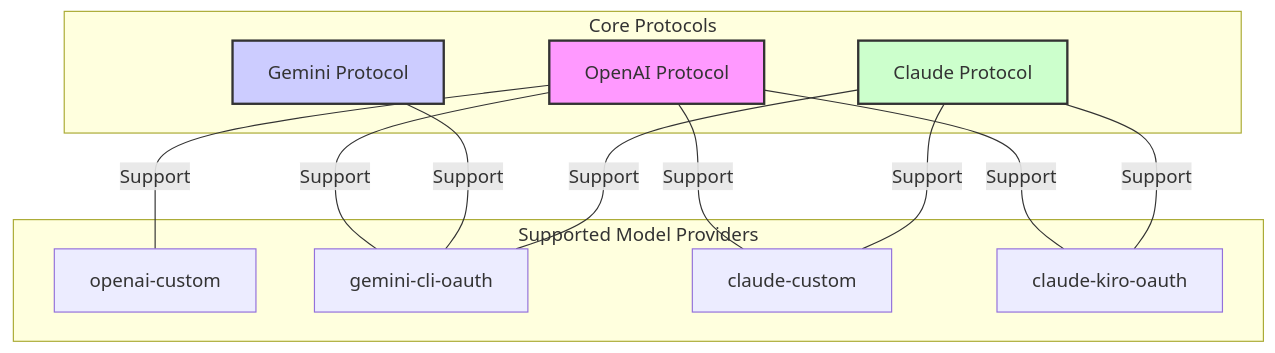
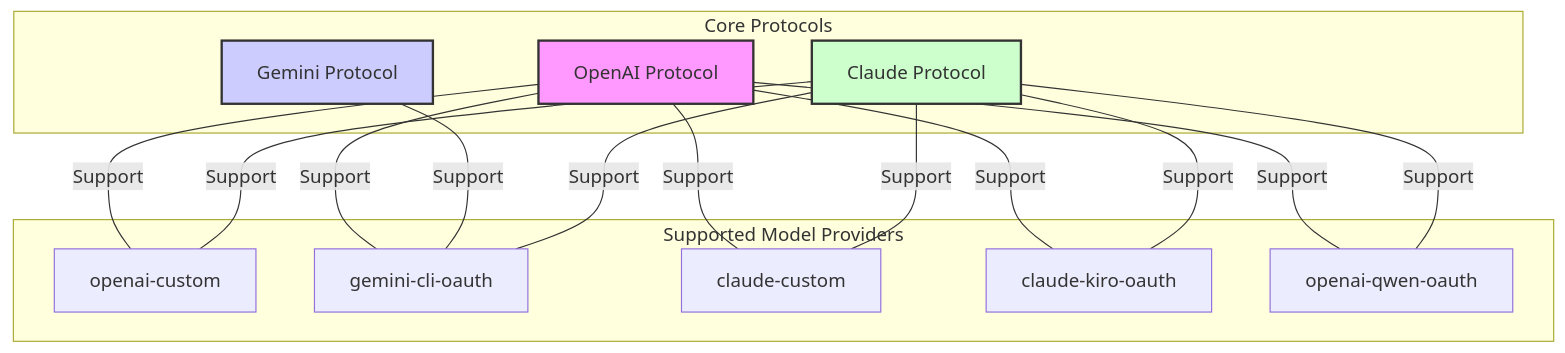
One commit to justlovemaki/AIClient-2-API changed the diagram in README-EN.md. Above: the diagram before and after it, drawn with Mermaid. The commit also changed other lines of this file and 2 other files, not shown here.

First line of the commit message:
feat(qwen): 更新Qwen模型支持及文档

````diff
--- a/README-EN.md
+++ b/README-EN.md
@@ -58,32 +54,36 @@
   ```mermaid
   
    graph TD
-        subgraph Core_Protocols["Core Protocols"]
-            P_OPENAI[OpenAI Protocol]
-            P_GEMINI[Gemini Protocol]
-            P_CLAUDE[Claude Protocol]
-        end
-    
-        subgraph Supported_Model_Providers["Supported Model Providers"]
-            MP_OPENAI[openai-custom]
-            MP_GEMINI[gemini-cli-oauth]
-            MP_CLAUDE_C[claude-custom]
-            MP_CLAUDE_K[claude-kiro-oauth]
-        end
-    
-        P_OPENAI ---|Support| MP_OPENAI
-        P_OPENAI ---|Support| MP_GEMINI
-        P_OPENAI ---|Support| MP_CLAUDE_C
-        P_OPENAI ---|Support| MP_CLAUDE_K
-    
-        P_GEMINI ---|Support| MP_GEMINI
-    
-        P_CLAUDE ---|Support| MP_CLAUDE_C
-        P_CLAUDE ---|Support| MP_CLAUDE_K
-        P_CLAUDE ---|Support| MP_GEMINI
-    
-        style P_OPENAI fill:#f9f,stroke:#333,stroke-width:2px
-        style P_GEMINI fill:#ccf,stroke:#333,stroke-width:2px
-        style P_CLAUDE fill:#cfc,stroke:#333,stroke-width:2px
+       subgraph Core_Protocols["Core Protocols"]
+           P_OPENAI[OpenAI Protocol]
+           P_GEMINI[Gemini Protocol]
+           P_CLAUDE[Claude Protocol]
+       end
+   
+       subgraph Supported_Model_Providers["Supported Model Providers"]
+           MP_OPENAI[openai-custom]
+           MP_GEMINI[gemini-cli-oauth]
+           MP_CLAUDE_C[claude-custom]
+           MP_CLAUDE_K[claude-kiro-oauth]
+           MP_QWEN[openai-qwen-oauth]
+       end
+   
+       P_OPENAI ---|Support| MP_OPENAI
+       P_OPENAI ---|Support| MP_QWEN
+       P_OPENAI ---|Support| MP_GEMINI
+       P_OPENAI ---|Support| MP_CLAUDE_C
+       P_OPENAI ---|Support| MP_CLAUDE_K
+   
+       P_GEMINI ---|Support| MP_GEMINI
+   
+       P_CLAUDE ---|Support| MP_CLAUDE_C
+       P_CLAUDE ---|Support| MP_CLAUDE_K
+       P_CLAUDE ---|Support| MP_GEMINI
+       P_CLAUDE ---|Support| MP_OPENAI
+       P_CLAUDE ---|Support| MP_QWEN
+   
+       style P_OPENAI fill:#f9f,stroke:#333,stroke-width:2px
+       style P_GEMINI fill:#ccf,stroke:#333,stroke-width:2px
+       style P_CLAUDE fill:#cfc,stroke:#333,stroke-width:2px
 
   ```
````
